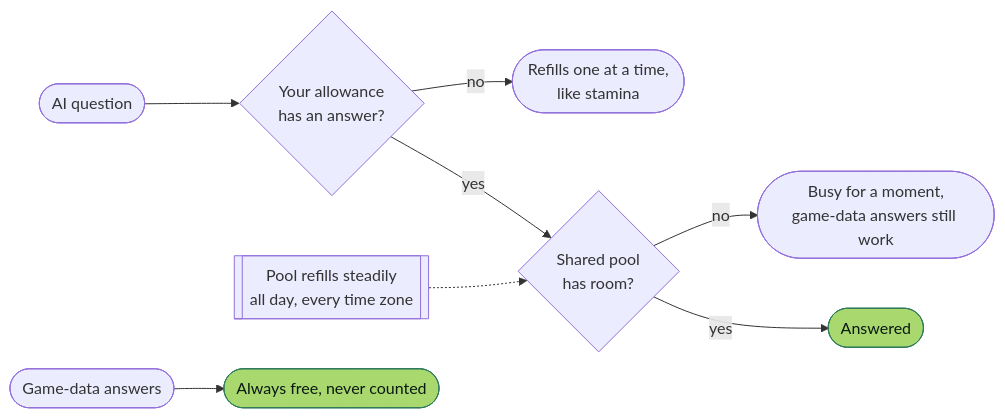
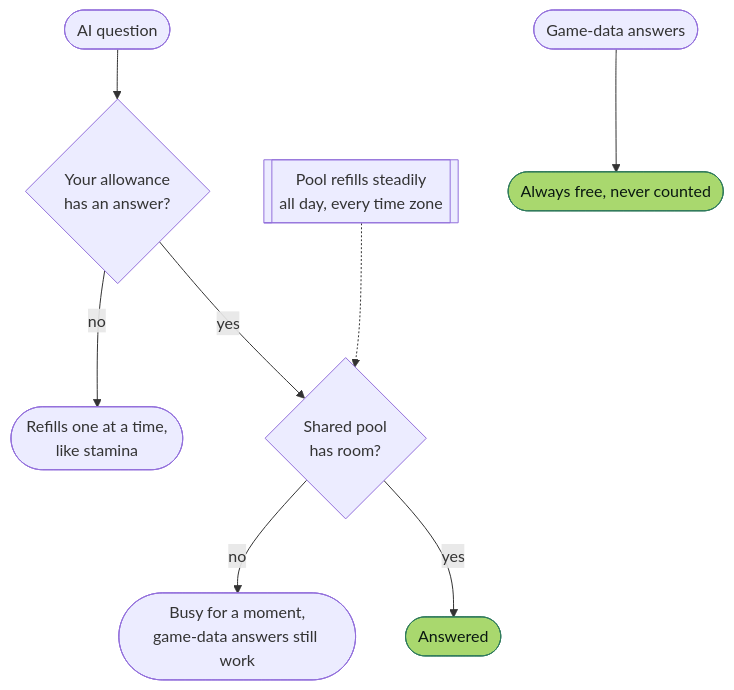
Before and after one commit to MukulRay1603/Irminsul: the third of 3 diagrams in README.md, drawn with Mermaid. The commit also changed other lines of this file, not shown here.

Commit message:
README: balance the feature grid and make two diagrams top-down

````diff
--- a/README.md
+++ b/README.md
@@ -149,13 +149,13 @@
 ```mermaid
-flowchart LR
+flowchart TD
     Q([AI question]) --> P{Your allowance<br/>has an answer?}
     P -- no --> W([Refills one at a time,<br/>like stamina])
     P -- yes --> S{Shared pool<br/>has room?}
     S -- no --> B([Busy for a moment,<br/>game-data answers still work])
     S -- yes --> A([Answered])
     R[[Pool refills steadily<br/>all day, every time zone]] -.-> S
     F([Game-data answers]) --> Z([Always free, never counted])
 
     classDef ok fill:#A9D86E,stroke:#2F7A5C,color:#0A1811
     class A,Z ok
 ```
````
